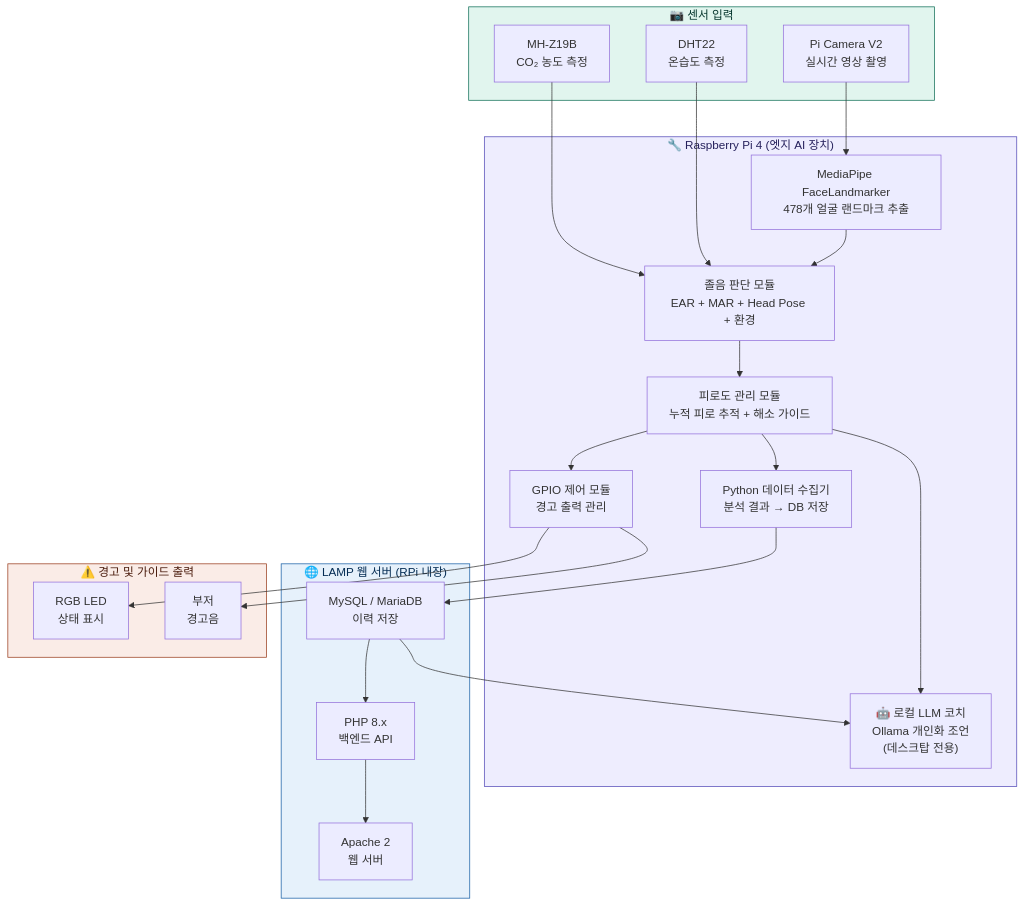
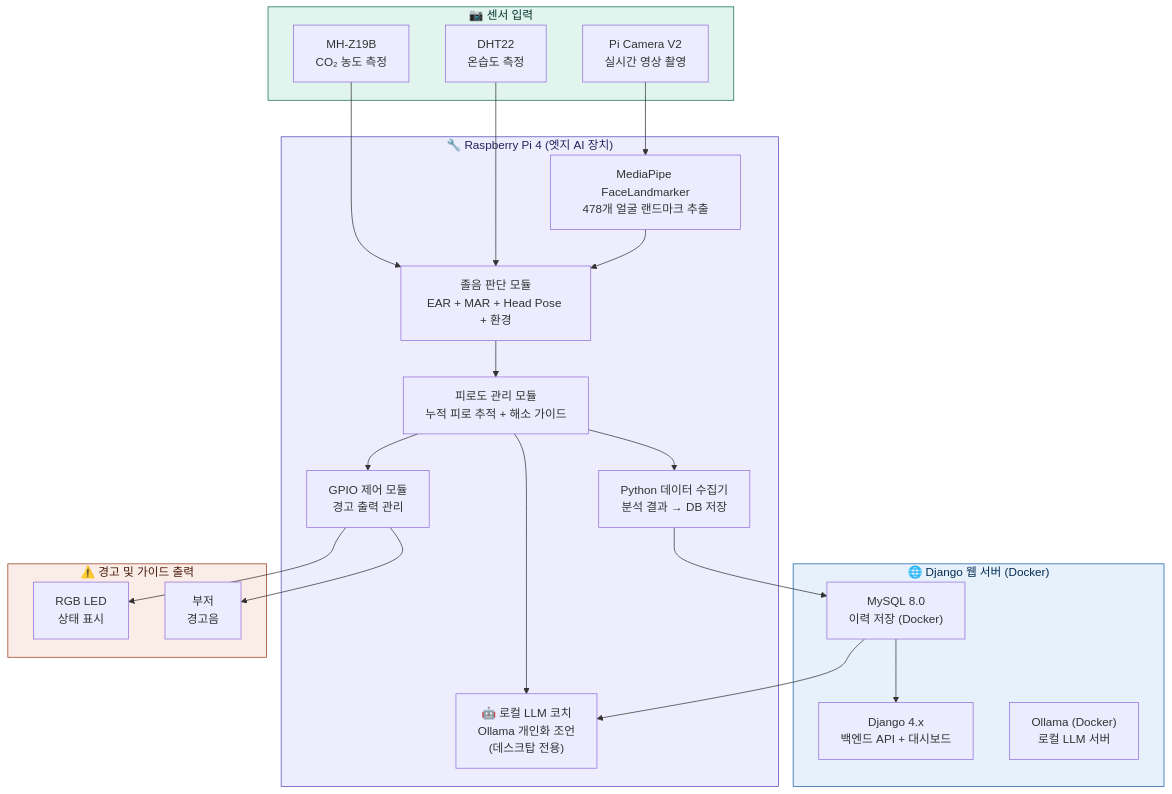
One commit to pgh165/capstone changed the first of 13 diagrams in project.md. Above: the diagram before and after it, drawn with Mermaid. The commit also changed other lines of this file and 20 other files, not shown here.

First line of the commit message:
LAMP 스택을 Django + Docker Compose로 전환

````diff
--- a/project.md
+++ b/project.md
@@ -32,48 +32,47 @@
 ```mermaid
 graph TB
     subgraph SENSOR["📷 센서 입력"]
         CAM["Pi Camera V2<br/>실시간 영상 촬영"]
         CO2["MH-Z19B<br/>CO₂ 농도 측정"]
         DHT["DHT22<br/>온습도 측정"]
     end
 
     subgraph RPI["🔧 Raspberry Pi 4 (엣지 AI 장치)"]
         MP["MediaPipe FaceLandmarker<br/>478개 얼굴 랜드마크 추출"]
         ALG["졸음 판단 모듈<br/>EAR + MAR + Head Pose + 환경"]
         FATIGUE["피로도 관리 모듈<br/>누적 피로 추적 + 해소 가이드"]
         LLM["🤖 로컬 LLM 코치<br/>Ollama 개인화 조언<br/>(데스크탑 전용)"]
         GPIO["GPIO 제어 모듈<br/>경고 출력 관리"]
         PYTHON["Python 데이터 수집기<br/>분석 결과 → DB 저장"]
     end
 
-    subgraph LAMP["🌐 LAMP 웹 서버 (RPi 내장)"]
-        APACHE["Apache 2<br/>웹 서버"]
-        PHP["PHP 8.x<br/>백엔드 API"]
-        MYSQL["MySQL / MariaDB<br/>이력 저장"]
+    subgraph WEB["🌐 Django 웹 서버 (Docker)"]
+        DJANGO["Django 4.x<br/>백엔드 API + 대시보드"]
+        MYSQL["MySQL 8.0<br/>이력 저장 (Docker)"]
+        OLLAMA_SVC["Ollama (Docker)<br/>로컬 LLM 서버"]
     end
 
     subgraph OUTPUT["⚠️ 경고 및 가이드 출력"]
         LED["RGB LED<br/>상태 표시"]
         BUZ["부저<br/>경고음"]
     end
 
     CAM --> MP
     CO2 --> ALG
     DHT --> ALG
     MP --> ALG
     ALG --> FATIGUE
     FATIGUE --> LLM
     FATIGUE --> GPIO
     FATIGUE --> PYTHON
     PYTHON --> MYSQL
     MYSQL --> LLM
     GPIO --> LED
     GPIO --> BUZ
-    MYSQL --> PHP
-    PHP --> APACHE
+    MYSQL --> DJANGO
 
     style SENSOR fill:#E1F5EE,stroke:#0F6E56,color:#04342C
     style RPI fill:#EEEDFE,stroke:#534AB7,color:#26215C
-    style LAMP fill:#E6F1FB,stroke:#185FA5,color:#042C53
+    style WEB fill:#E6F1FB,stroke:#185FA5,color:#042C53
     style OUTPUT fill:#FAECE7,stroke:#993C1D,color:#4A1B0C
 ```
````
